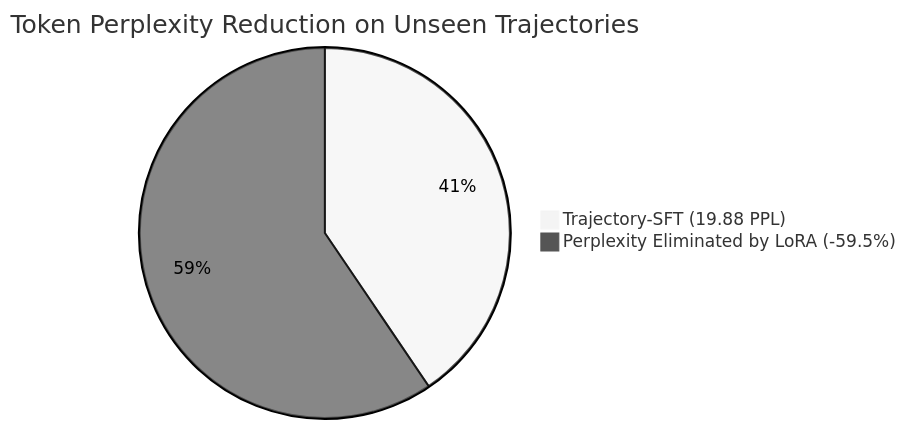
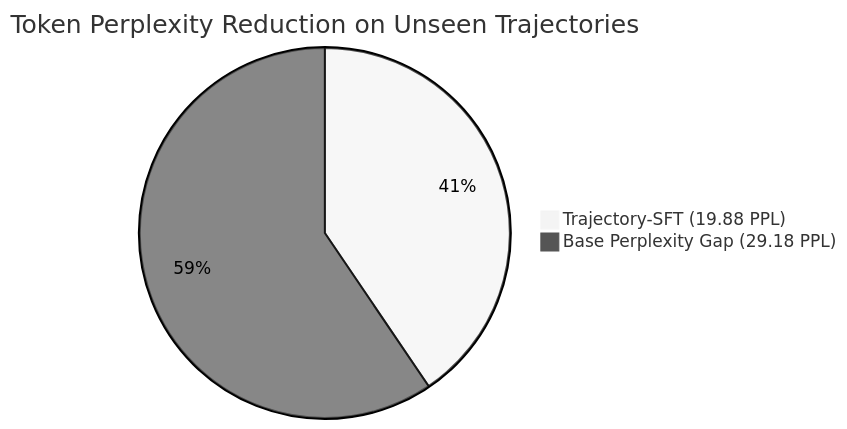
Before and after one commit to lmassaron/gemma-4-developer-agent: the fourth of 5 diagrams in articles/gemma_4_developer_agent_paper_track_writeup.md, drawn with Mermaid (neutral theme). The commit also changed other lines of this file and 4 other files, not shown here.

````diff
--- a/articles/gemma_4_developer_agent_paper_track_writeup.md
+++ b/articles/gemma_4_developer_agent_paper_track_writeup.md
@@ -259,5 +222,5 @@
 ```mermaid
 pie title Token Perplexity Reduction on Unseen Trajectories
     "Trajectory-SFT (19.88 PPL)" : 19.88
-    "Perplexity Eliminated by LoRA (-59.5%)" : 29.18
+    "Base Perplexity Gap (29.18 PPL)" : 29.18
 ```
````
